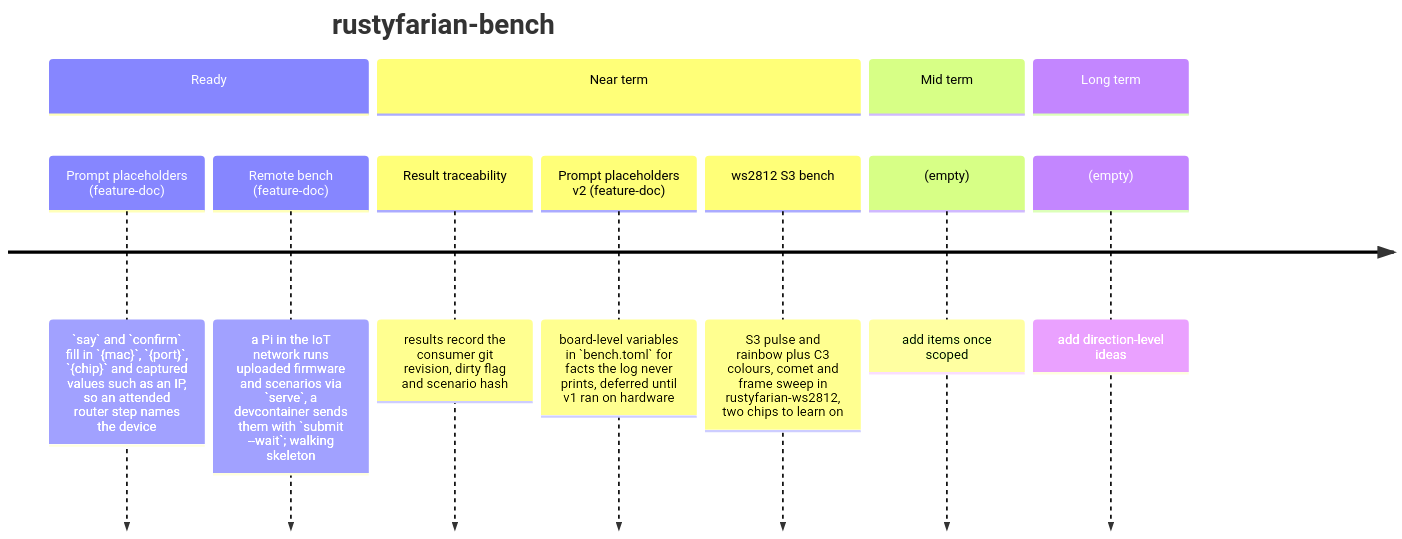
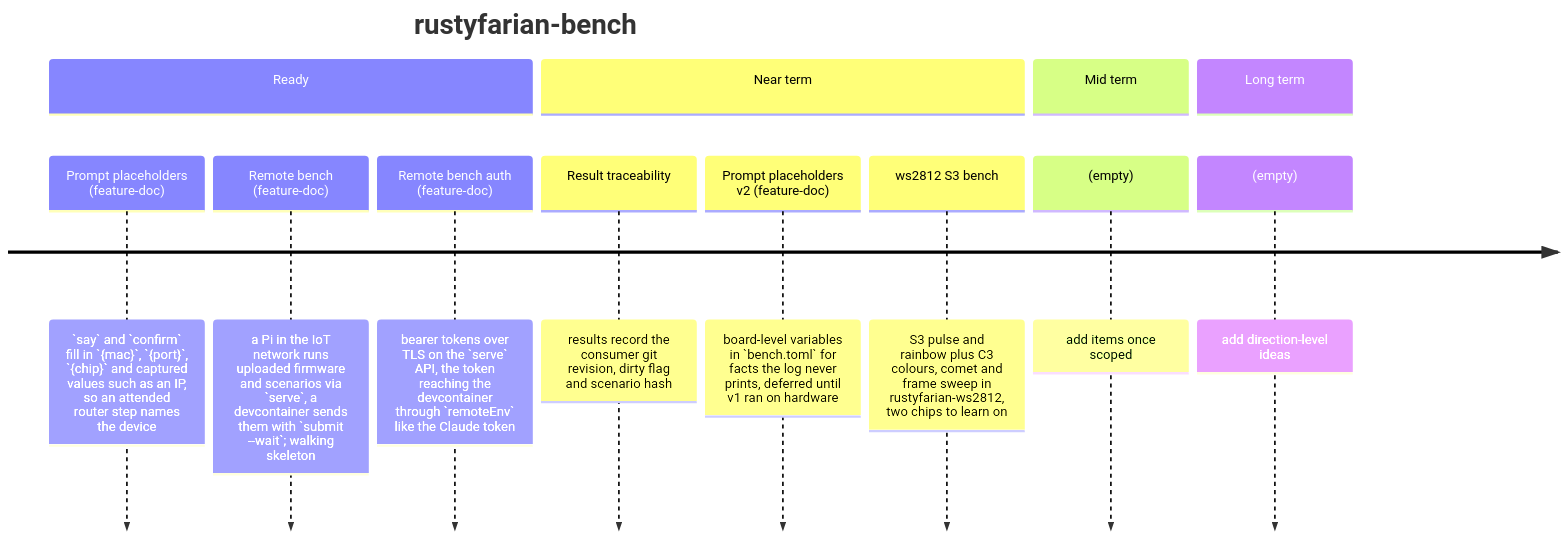
One commit to datenkollektiv/rustyfarian-bench changed the diagram in docs/ROADMAP.md. Above: the diagram before and after it, drawn with Mermaid. The commit also changed 15 other files, not shown here.

Commit message:
Add remote bench authentication

````diff
--- a/docs/ROADMAP.md
+++ b/docs/ROADMAP.md
@@ -8,15 +8,16 @@
 ```mermaid
 timeline
     title rustyfarian-bench
     section Ready
         Prompt placeholders (feature-doc) : `say` and `confirm` fill in `{mac}`, `{port}`, `{chip}` and captured values such as an IP, so an attended router step names the device
         Remote bench (feature-doc) : a Pi in the IoT network runs uploaded firmware and scenarios via `serve`, a devcontainer sends them with `submit --wait`; walking skeleton
+        Remote bench auth (feature-doc) : bearer tokens over TLS on the `serve` API, the token reaching the devcontainer through `remoteEnv` like the Claude token
     section Near term
         Result traceability : results record the consumer git revision, dirty flag and scenario hash
         Prompt placeholders v2 (feature-doc) : board-level variables in `bench.toml` for facts the log never prints, deferred until v1 ran on hardware
         ws2812 S3 bench : S3 pulse and rainbow plus C3 colours, comet and frame sweep in rustyfarian-ws2812, two chips to learn on
     section Mid term
         (empty) : add items once scoped
     section Long term
         (empty) : add direction-level ideas
 ```
````
